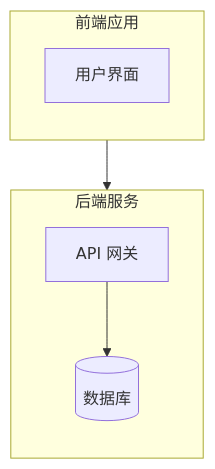
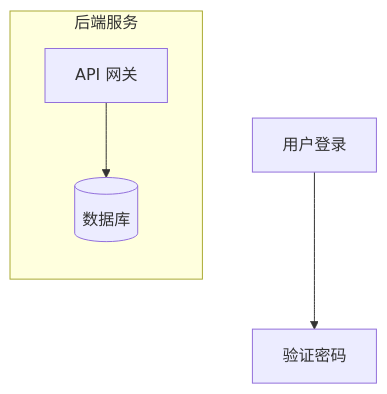
Before and after one commit to linqibin0826/patra: the first of 4 diagrams in patra-api/docs/.claude/memories/mermaid.md, drawn with Mermaid. The commit also changed other lines of this file and 5 other files, not shown here.

````diff
--- a/patra-api/docs/.claude/memories/mermaid.md
+++ b/patra-api/docs/.claude/memories/mermaid.md
@@ -114,12 +28,8 @@
 ```mermaid
 flowchart TD
+    Login[用户登录] --> Verify[验证密码]
     subgraph S_Backend [后端服务]
-        direction TB  %% 显式声明
+        direction TB  %% 必须显式声明子图方向
         API[API 网关] --> DB[(数据库)]
     end
-    subgraph S_Frontend [前端应用]
-        direction TB  %% 显式声明
-        UI[用户界面]
-    end
-    UI --> API
 ```
````
